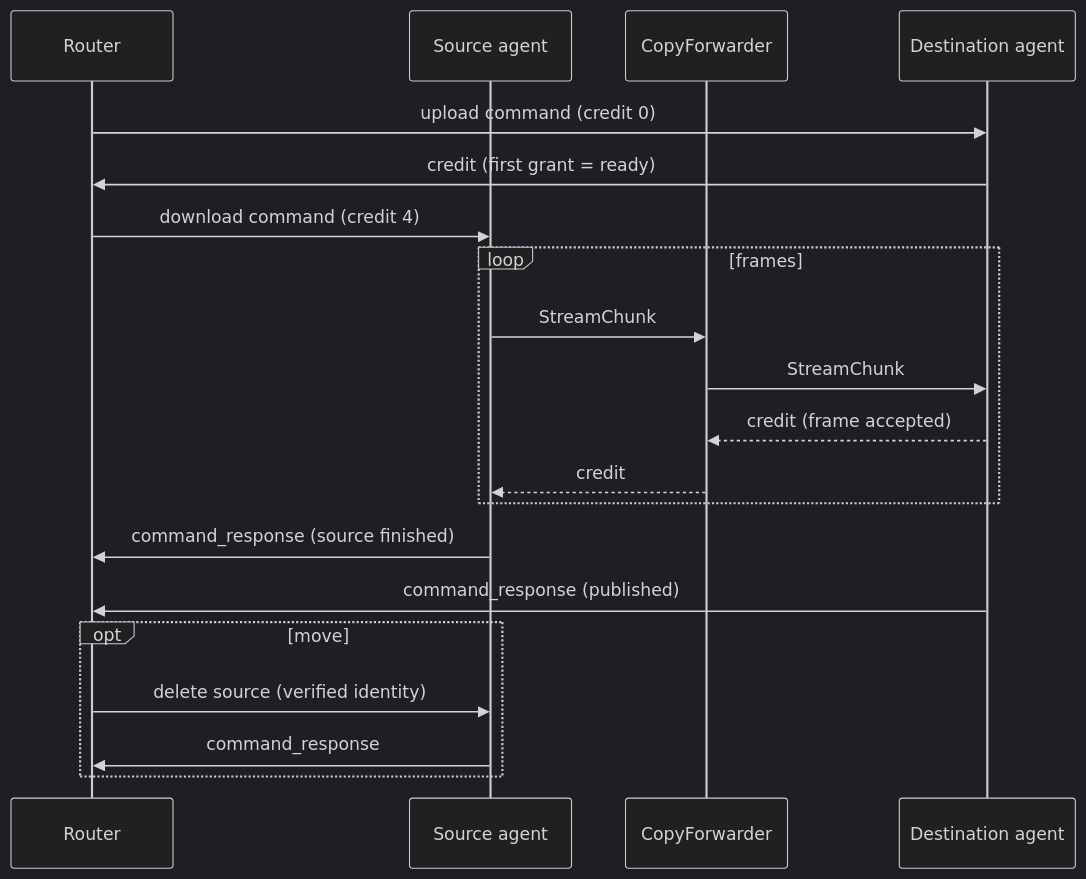
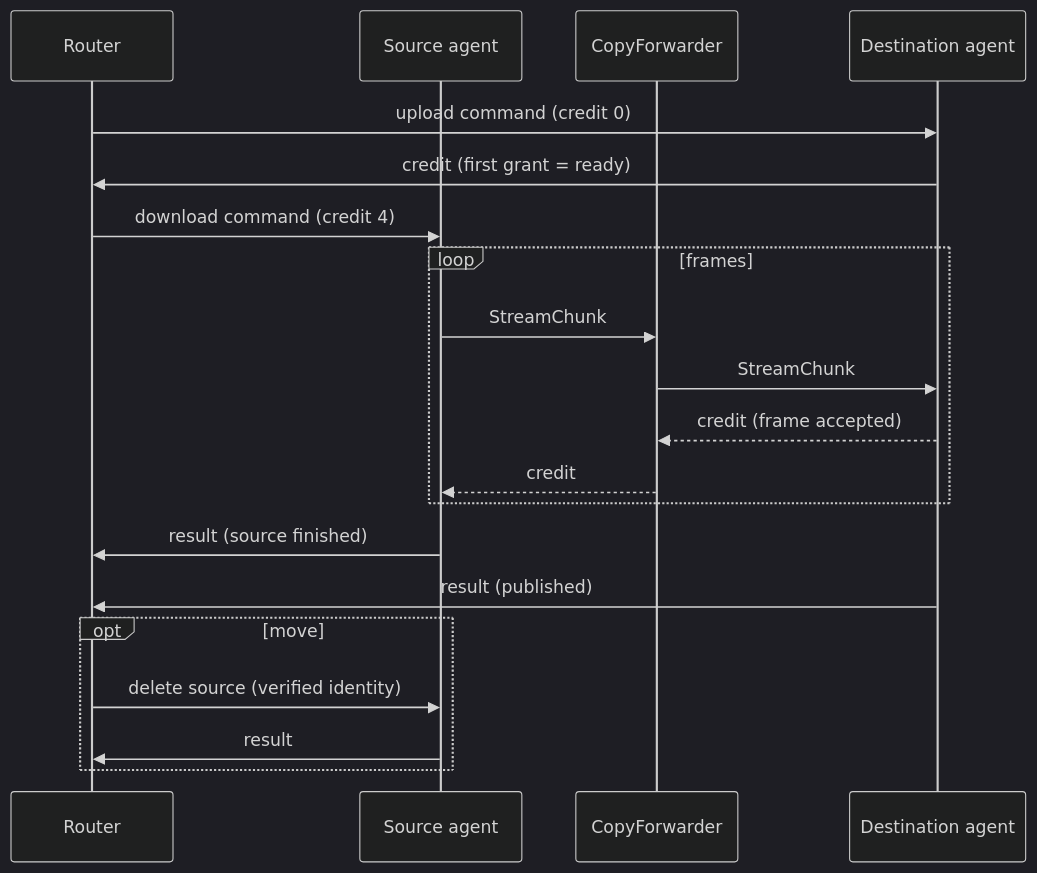
One commit to FruitieX/redoor changed the ninth of 10 diagrams in ARCHITECTURE.md. Above: the diagram before and after it, drawn with Mermaid (dark theme). The commit also changed other lines of this file, not shown here.

First line of the commit message:
Document typed responses and the result frame

````diff
--- a/ARCHITECTURE.md
+++ b/ARCHITECTURE.md
@@ -523,23 +528,23 @@
 ```mermaid
 sequenceDiagram
     participant R as Router
     participant S as Source agent
     participant F as CopyForwarder
     participant D as Destination agent
 
     R->>D: upload command (credit 0)
     D->>R: credit (first grant = ready)
     R->>S: download command (credit 4)
     loop frames
         S->>F: StreamChunk
         F->>D: StreamChunk
         D-->>F: credit (frame accepted)
         F-->>S: credit
     end
-    S->>R: command_response (source finished)
-    D->>R: command_response (published)
+    S->>R: result (source finished)
+    D->>R: result (published)
     opt move
         R->>S: delete source (verified identity)
-        S->>R: command_response
+        S->>R: result
     end
 ```
````
